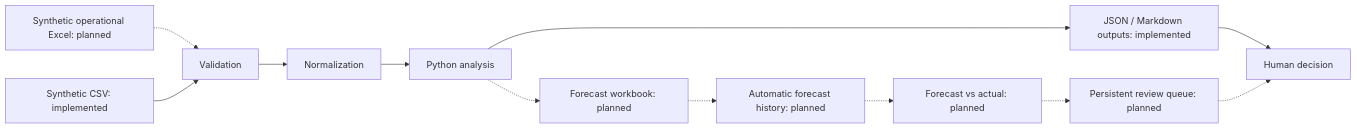
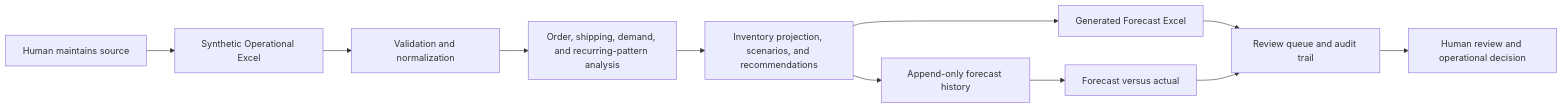
One commit to perry-is/operations-forecasting-system changed the second of 3 diagrams in docs/project-history.md. Above: the diagram before and after it, drawn with Mermaid. The commit also changed other lines of this file and 23 other files, not shown here.

````diff
--- a/docs/project-history.md
+++ b/docs/project-history.md
@@ -22,14 +31,13 @@
 ```mermaid
 flowchart LR
-    E[Synthetic operational Excel: planned] -.-> V[Validation]
-    C[Synthetic CSV: implemented] --> V
-    V --> N[Normalization]
-    N --> P[Python analysis]
-    P --> R[JSON / Markdown outputs: implemented]
-    P -.-> W[Forecast workbook: planned]
-    W -.-> H[Automatic forecast history: planned]
-    H -.-> A[Forecast vs actual: planned]
-    A -.-> Q[Persistent review queue: planned]
-    R --> D[Human decision]
-    Q -.-> D
+    H[Human maintains source] --> I[Synthetic Operational Excel]
+    I --> V[Validation and normalization]
+    V --> A[Order, shipping, demand, and recurring-pattern analysis]
+    A --> P[Inventory projection, scenarios, and recommendations]
+    P --> F[Generated Forecast Excel]
+    P --> FH[Append-only forecast history]
+    FH --> FA[Forecast versus actual]
+    F --> Q[Review queue and audit trail]
+    FA --> Q
+    Q --> D[Human review and operational decision]
 ```
````
